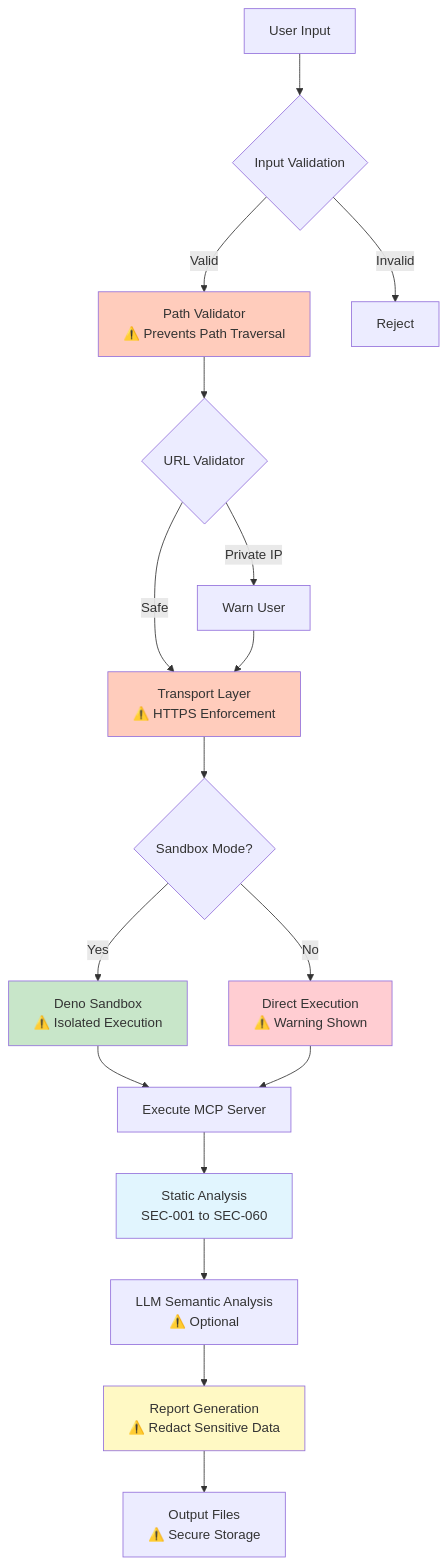
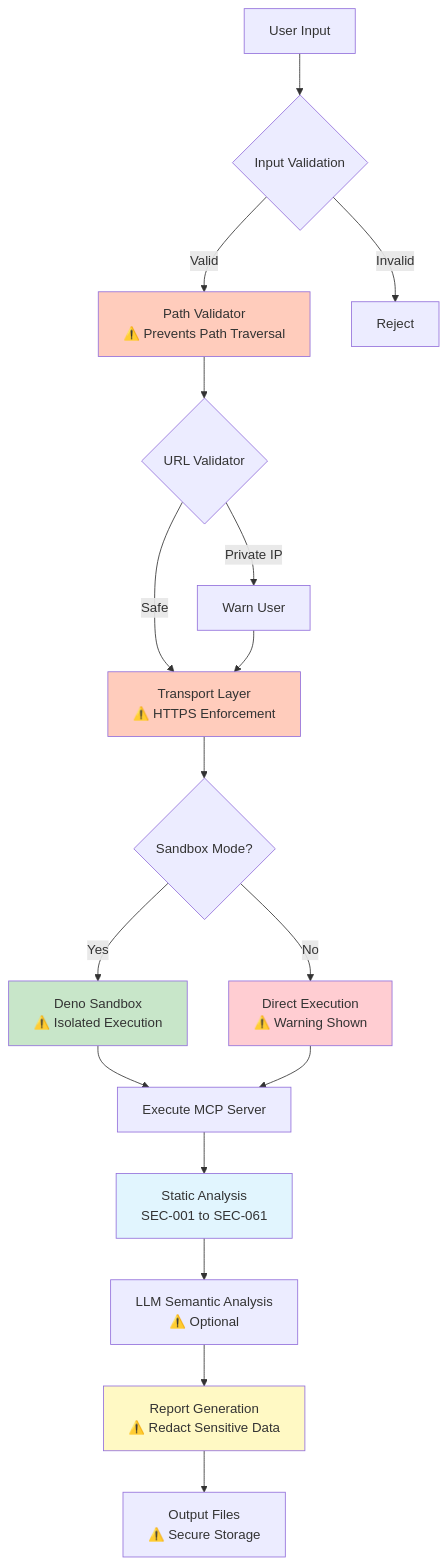
The fourth of 10 diagrams in ARCHITECTURE.md (FinkTech/mcp-verify), drawn with Mermaid before and after one commit. The commit also changed other lines of this file and 40 other files, not shown here.

````diff
--- a/ARCHITECTURE.md
+++ b/ARCHITECTURE.md
@@ -143,30 +143,30 @@
 ```mermaid
 graph TD
     A[User Input] --> B{Input Validation}
     B -->|Valid| C[Path Validator<br/>⚠️ Prevents Path Traversal]
     B -->|Invalid| Z[Reject]
 
     C --> D{URL Validator}
     D -->|Safe| E[Transport Layer<br/>⚠️ HTTPS Enforcement]
     D -->|Private IP| W[Warn User]
     W --> E
 
     E --> F{Sandbox Mode?}
     F -->|Yes| G[Deno Sandbox<br/>⚠️ Isolated Execution]
     F -->|No| H[Direct Execution<br/>⚠️ Warning Shown]
 
     G --> I[Execute MCP Server]
     H --> I
 
-    I --> J[Static Analysis<br/>SEC-001 to SEC-060]
+    I --> J[Static Analysis<br/>SEC-001 to SEC-061]
     J --> K[LLM Semantic Analysis<br/>⚠️ Optional]
     K --> L[Report Generation<br/>⚠️ Redact Sensitive Data]
     L --> M[Output Files<br/>⚠️ Secure Storage]
 
     style C fill:#ffccbc
     style E fill:#ffccbc
     style G fill:#c8e6c9
     style H fill:#ffcdd2
     style J fill:#e1f5fe
     style L fill:#fff9c4
 ```
````
